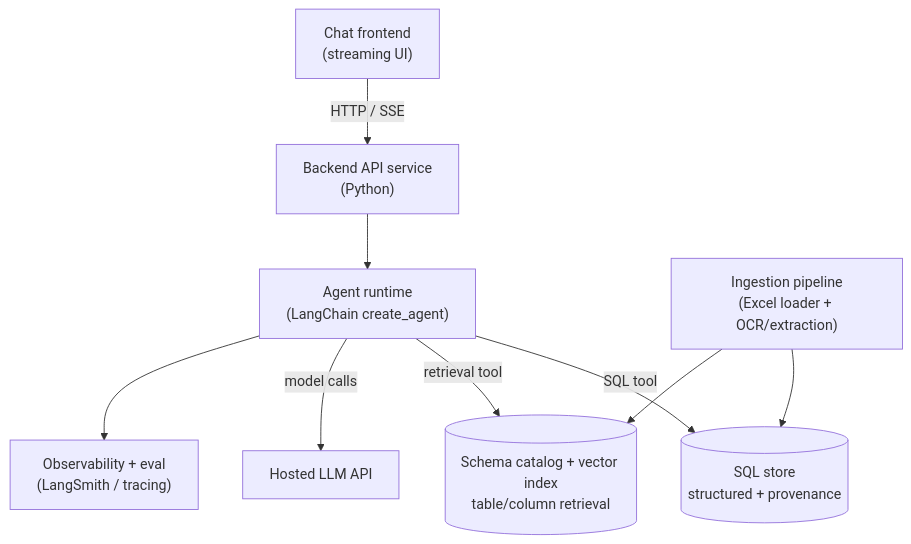
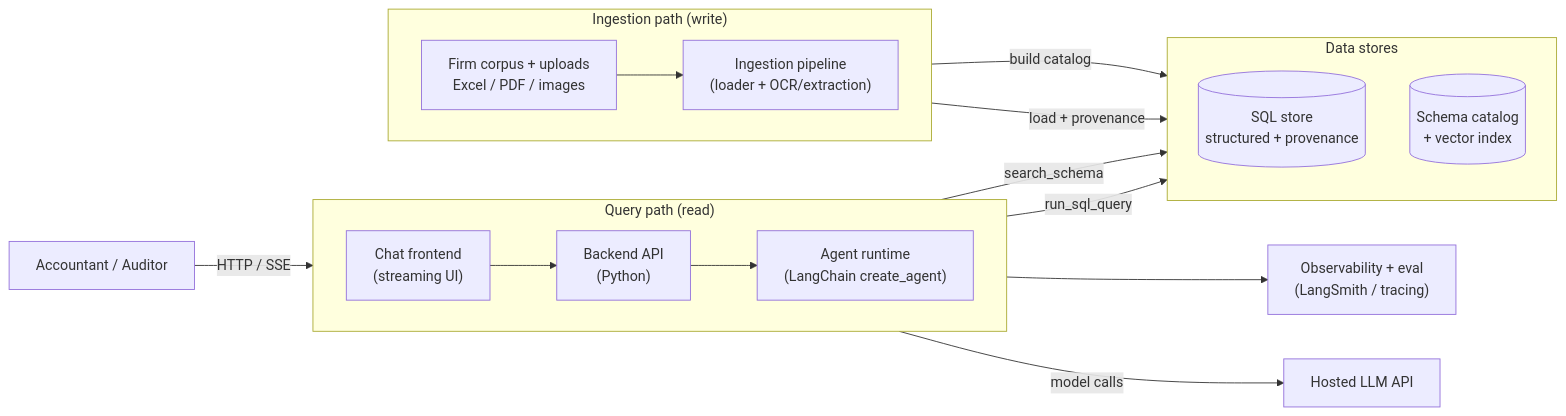
Before and after one commit to mahdiansarisadr/AccountingResearcher: the second of 5 diagrams in docs/TDD.md, drawn with Mermaid.

Commit message:
TDD: untangle container diagram; separate read (query) and write (ingestion) paths, group data stores

````diff
--- a/docs/TDD.md
+++ b/docs/TDD.md
@@ -57,20 +57,36 @@
 ```mermaid
-flowchart TB
-    ui["Chat frontend<br/>(streaming UI)"]
-    api["Backend API service<br/>(Python)"]
-    agent["Agent runtime<br/>(LangChain create_agent)"]
-    sql[("SQL store<br/>structured + provenance")]
-    vec[("Schema catalog + vector index<br/>table/column retrieval")]
-    ingest["Ingestion pipeline<br/>(Excel loader + OCR/extraction)"]
+flowchart LR
+    user["Accountant / Auditor"]
+
+    subgraph query["Query path (read)"]
+        direction LR
+        ui["Chat frontend<br/>(streaming UI)"]
+        api["Backend API<br/>(Python)"]
+        agent["Agent runtime<br/>(LangChain create_agent)"]
+    end
+
+    subgraph stores["Data stores"]
+        direction TB
+        sql[("SQL store<br/>structured + provenance")]
+        cat[("Schema catalog<br/>+ vector index")]
+    end
+
+    subgraph ingestion["Ingestion path (write)"]
+        direction LR
+        files["Firm corpus + uploads<br/>Excel / PDF / images"]
+        ingest["Ingestion pipeline<br/>(loader + OCR/extraction)"]
+    end
+
+    llm["Hosted LLM API"]
     obs["Observability + eval<br/>(LangSmith / tracing)"]
-    llm["Hosted LLM API"]
 
-    ui -->|HTTP / SSE| api
-    api --> agent
-    agent -->|SQL tool| sql
-    agent -->|retrieval tool| vec
+    user -->|HTTP / SSE| ui --> api --> agent
     agent -->|model calls| llm
-    ingest --> sql
-    ingest --> vec
+    agent -->|run_sql_query| sql
+    agent -->|search_schema| cat
     agent --> obs
+
+    files --> ingest
+    ingest -->|load + provenance| sql
+    ingest -->|build catalog| cat
 ```
````
